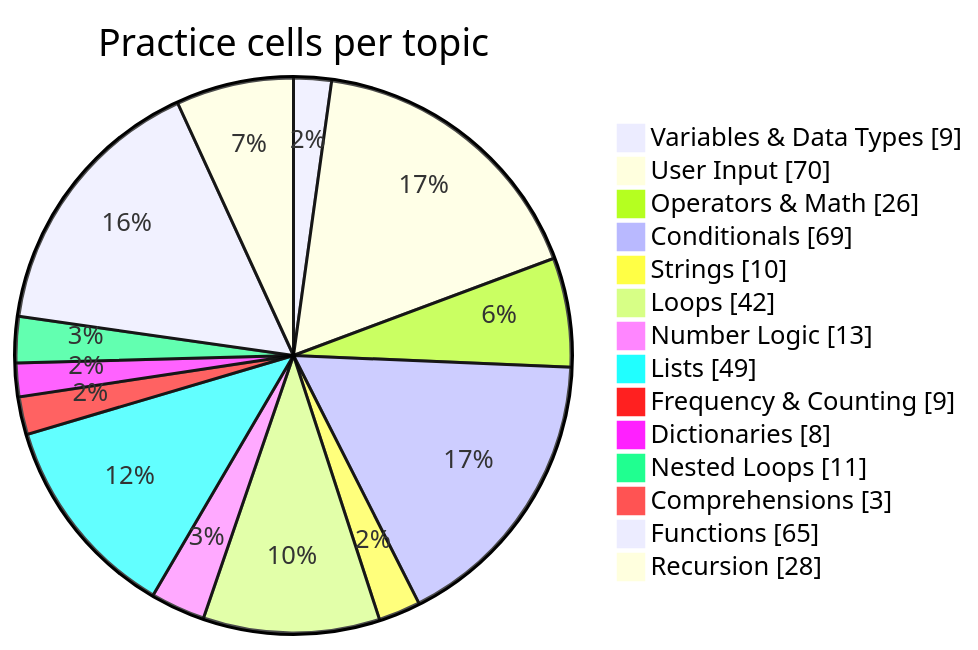
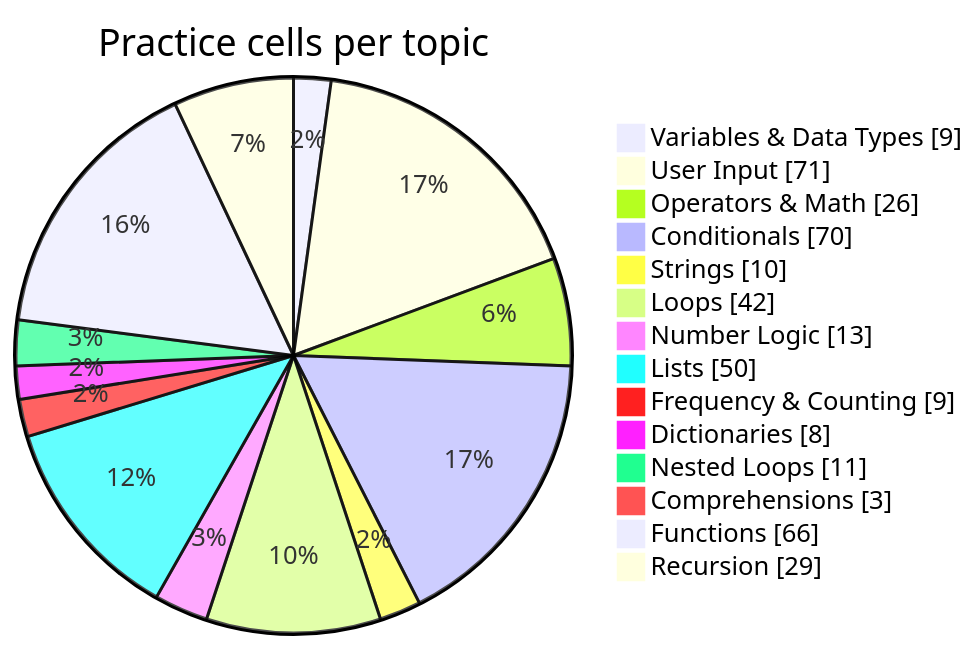
One commit to Phantom2101/Python-Daily-Practice changed the diagram in README.md. Above: the diagram before and after it, drawn with Mermaid. The commit also changed other lines of this file and 1 other file, not shown here.

````diff
--- a/README.md
+++ b/README.md
@@ -126,17 +126,17 @@
 ```mermaid
 pie showData title Practice cells per topic
     "Variables & Data Types" : 9
-    "User Input" : 70
+    "User Input" : 71
     "Operators & Math" : 26
-    "Conditionals" : 69
+    "Conditionals" : 70
     "Strings" : 10
     "Loops" : 42
     "Number Logic" : 13
-    "Lists" : 49
+    "Lists" : 50
     "Frequency & Counting" : 9
     "Dictionaries" : 8
     "Nested Loops" : 11
     "Comprehensions" : 3
-    "Functions" : 65
-    "Recursion" : 28
+    "Functions" : 66
+    "Recursion" : 29
 ```
````
